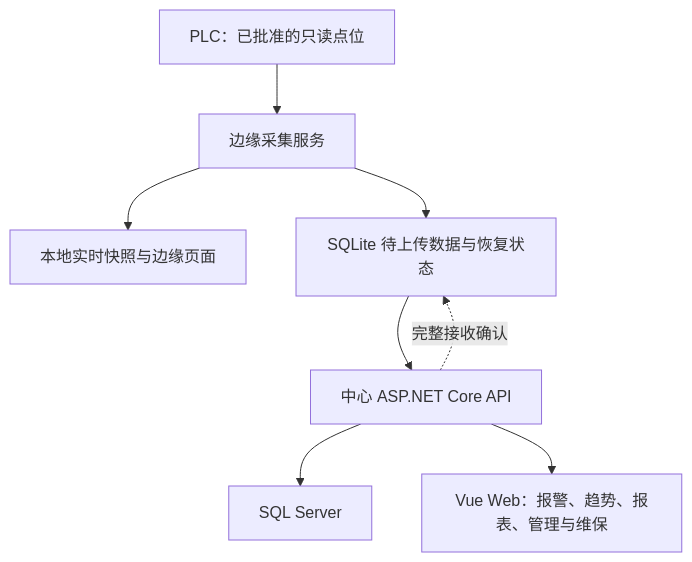
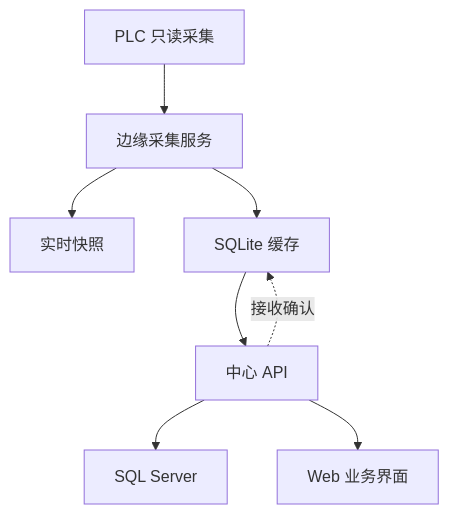
One commit to JNchen7/scada-harness-engineering changed the diagram in ARCHITECTURE.md. Above: the diagram before and after it, drawn with Mermaid. The commit also changed other lines of this file and 5 other files, not shown here.

Commit message:
docs: keep diagram labels compact and readable

````diff
--- a/ARCHITECTURE.md
+++ b/ARCHITECTURE.md
@@ -9,10 +9,10 @@
 ```mermaid
 flowchart TB
-    P["PLC：已批准的只读点位"] --> G["边缘采集服务"]
-    G --> R["本地实时快照与边缘页面"]
-    G --> Q["SQLite 待上传数据与恢复状态"]
-    Q --> A["中心 ASP.NET Core API"]
+    P["PLC 只读采集"] --> G["边缘采集服务"]
+    G --> R["实时快照"]
+    G --> Q["SQLite 缓存"]
+    Q --> A["中心 API"]
     A --> S["SQL Server"]
-    A --> W["Vue Web：报警、趋势、报表、管理与维保"]
-    A -.->|"完整接收确认"| Q
+    A --> W["Web 业务界面"]
+    A -.->|"接收确认"| Q
 ```
````
